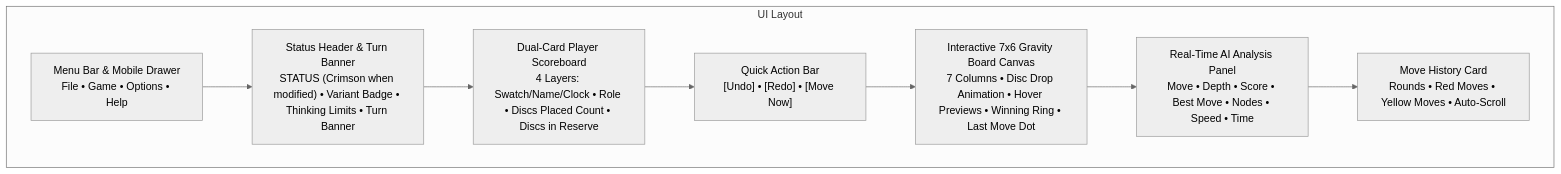
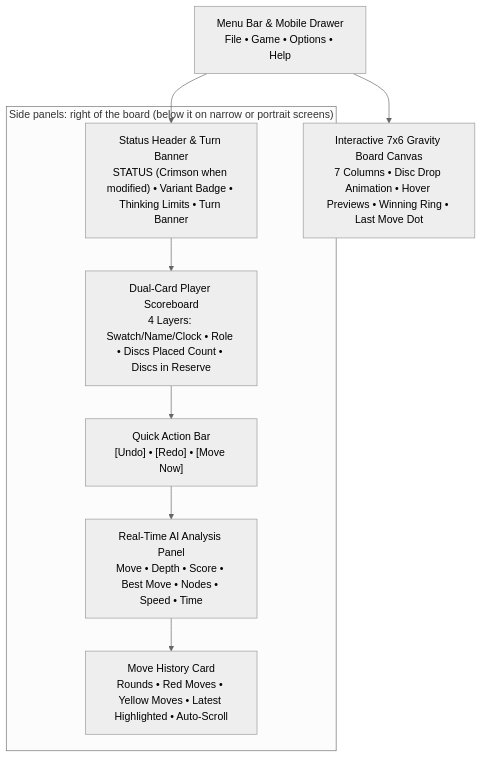
One commit to cjp-dev/Connect-4 changed the first of 2 diagrams in docs/brain/13-gui-and-settings.md. Above: the diagram before and after it, drawn with Mermaid (neutral theme). The commit also changed other lines of this file and 9 other files, not shown here.

````diff
--- a/docs/brain/13-gui-and-settings.md
+++ b/docs/brain/13-gui-and-settings.md
@@ -17,19 +17,19 @@
 ```mermaid
 graph TD
-    subgraph UI Layout
-        MenuBar["Menu Bar &amp; Mobile Drawer<br/>File • Game • Options • Help"]
+    MenuBar["Menu Bar &amp; Mobile Drawer<br/>File • Game • Options • Help"]
+    Board["Interactive 7x6 Gravity Board Canvas<br/>7 Columns • Disc Drop Animation • Hover Previews • Winning Ring • Last Move Dot"]
+    subgraph Side["Side panels: right of the board (below it on narrow or portrait screens)"]
         StatusPanel["Status Header &amp; Turn Banner<br/>STATUS (Crimson when modified) • Variant Badge • Thinking Limits • Turn Banner"]
         Scoreboard["Dual-Card Player Scoreboard<br/>4 Layers: Swatch/Name/Clock • Role • Discs Placed Count • Discs in Reserve"]
         QuickActions["Quick Action Bar<br/>[Undo] • [Redo] • [Move Now]"]
-        Board["Interactive 7x6 Gravity Board Canvas<br/>7 Columns • Disc Drop Animation • Hover Previews • Winning Ring • Last Move Dot"]
         Analysis["Real-Time AI Analysis Panel<br/>Move • Depth • Score • Best Move • Nodes • Speed • Time"]
-        History["Move History Card<br/>Rounds • Red Moves • Yellow Moves • Auto-Scroll"]
+        History["Move History Card<br/>Rounds • Red Moves • Yellow Moves • Latest Highlighted • Auto-Scroll"]
     end
 
+    MenuBar --> Board
     MenuBar --> StatusPanel
     StatusPanel --> Scoreboard
     Scoreboard --> QuickActions
-    QuickActions --> Board
-    Board --> Analysis
+    QuickActions --> Analysis
     Analysis --> History
 ```
````
